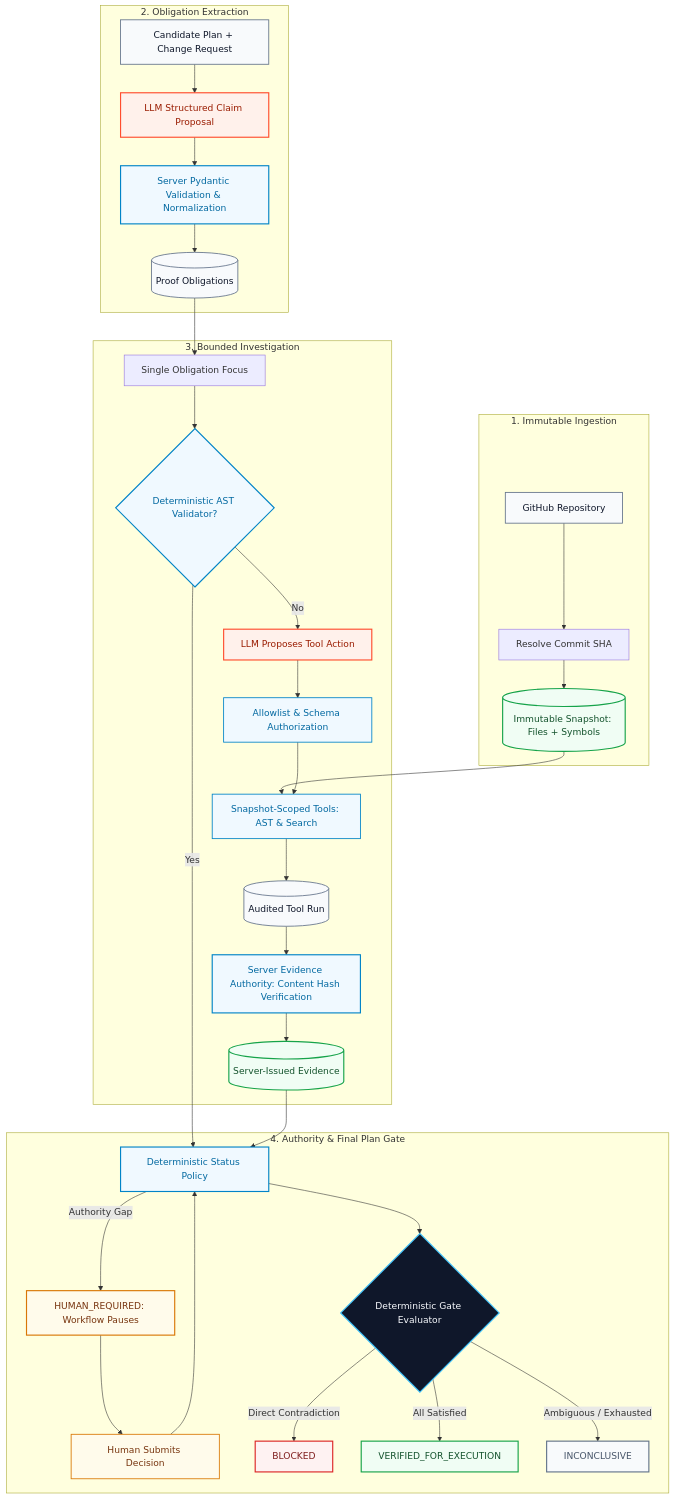
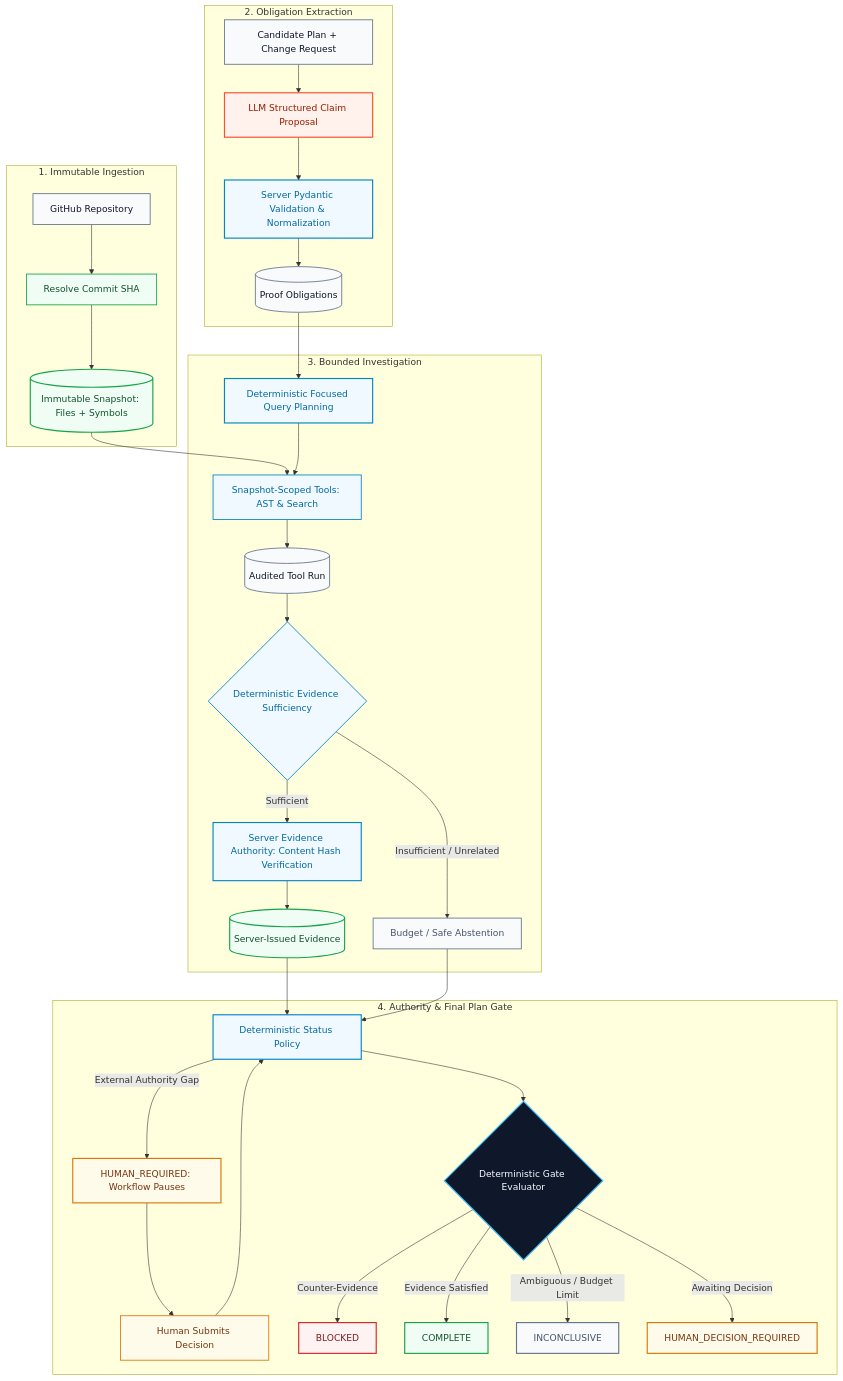
Before and after one commit to NikhilRaikwar/PlanProof: the first of 4 diagrams in README.md, drawn with Mermaid. The commit also changed other lines of this file and 13 other files, not shown here.

Commit message:
fix(release): align PlanProof claims, status UI, and evidence provenance

````diff
--- a/README.md
+++ b/README.md
@@ -125,58 +124,60 @@
 ```mermaid
 flowchart TD
   subgraph Ingestion["1. Immutable Ingestion"]
     Repo[GitHub Repository] --> SHA[Resolve Commit SHA]
     SHA --> Snapshot[(Immutable Snapshot: Files + Symbols)]
   end
 
   subgraph Extraction["2. Obligation Extraction"]
     Plan[Candidate Plan + Change Request] --> LLMExtract[LLM Structured Claim Proposal]
     LLMExtract --> ValidateObligations[Server Pydantic Validation & Normalization]
     ValidateObligations --> Obligations[(Proof Obligations)]
   end
 
   subgraph Investigation["3. Bounded Investigation"]
     Snapshot --> RepTools[Snapshot-Scoped Tools: AST & Search]
-    Obligations --> ObligationLoop[Single Obligation Focus]
-    ObligationLoop --> FastValidators{Deterministic AST Validator?}
-    FastValidators -->|No| LLMToolSelect[LLM Proposes Tool Action]
-    LLMToolSelect --> ToolAllowlist[Allowlist & Schema Authorization]
-    ToolAllowlist --> RepTools
+    Obligations --> QueryPlanner[Deterministic Focused Query Planning]
+    QueryPlanner --> RepTools
     RepTools --> ToolRun[(Audited Tool Run)]
-    ToolRun --> EvidenceIssuer[Server Evidence Authority: Content Hash Verification]
+    ToolRun --> SufficiencyCheck{Deterministic Evidence Sufficiency}
+    SufficiencyCheck -->|Sufficient| EvidenceIssuer[Server Evidence Authority: Content Hash Verification]
+    SufficiencyCheck -->|Insufficient / Unrelated| InconclusiveCheck[Budget / Safe Abstention]
     EvidenceIssuer --> Evidence[(Server-Issued Evidence)]
   end
 
   subgraph AuthorityGate["4. Authority & Final Plan Gate"]
-    FastValidators -->|Yes| PolicyCheck[Deterministic Status Policy]
-    Evidence --> PolicyCheck
-    PolicyCheck -->|Authority Gap| HumanWait[HUMAN_REQUIRED: Workflow Pauses]
+    Evidence --> PolicyCheck[Deterministic Status Policy]
+    InconclusiveCheck --> PolicyCheck
+    PolicyCheck -->|External Authority Gap| HumanWait[HUMAN_REQUIRED: Workflow Pauses]
     HumanWait --> HumanInput[Human Submits Decision]
     HumanInput --> PolicyCheck
     PolicyCheck --> FinalGate{Deterministic Gate Evaluator}
-    FinalGate -->|Direct Contradiction| Blocked[BLOCKED]
-    FinalGate -->|All Satisfied| Verified[VERIFIED_FOR_EXECUTION]
-    FinalGate -->|Ambiguous / Exhausted| Inconclusive[INCONCLUSIVE]
+    FinalGate -->|Counter-Evidence| Blocked[BLOCKED]
+    FinalGate -->|Evidence Satisfied| Complete[COMPLETE]
+    FinalGate -->|Ambiguous / Budget Limit| Inconclusive[INCONCLUSIVE]
+    FinalGate -->|Awaiting Decision| HumanGate[HUMAN_DECISION_REQUIRED]
   end
 
   style Repo fill:#f8fafc,stroke:#64748b,stroke-width:1.5px,color:#0f172a
+  style SHA fill:#f0fdf4,stroke:#16a34a,stroke-width:1.5px,color:#14532d
   style Snapshot fill:#f0fdf4,stroke:#16a34a,stroke-width:2px,color:#14532d
   style Plan fill:#f8fafc,stroke:#64748b,stroke-width:1.5px,color:#0f172a
   style LLMExtract fill:#fff1eb,stroke:#ff4d2e,stroke-width:2px,color:#9a1c00
-  style LLMToolSelect fill:#fff1eb,stroke:#ff4d2e,stroke-width:2px,color:#9a1c00
   style ValidateObligations fill:#f0f9ff,stroke:#0284c7,stroke-width:2px,color:#0369a1
-  style FastValidators fill:#f0f9ff,stroke:#0284c7,stroke-width:2px,color:#0369a1
+  style Obligations fill:#f8fafc,stroke:#64748b,stroke-width:1.5px,color:#0f172a
+  style QueryPlanner fill:#f0f9ff,stroke:#0284c7,stroke-width:2px,color:#0369a1
+  style RepTools fill:#f0f9ff,stroke:#0284c7,stroke-width:1.5px,color:#0369a1
+  style ToolRun fill:#f8fafc,stroke:#64748b,stroke-width:1.5px,color:#0f172a
+  style SufficiencyCheck fill:#f0f9ff,stroke:#0284c7,stroke-width:1.5px,color:#0369a1
+  style EvidenceIssuer fill:#f0f9ff,stroke:#0284c7,stroke-width:2px,color:#0369a1
+  style Evidence fill:#f0fdf4,stroke:#16a34a,stroke-width:2px,color:#14532d
+  style InconclusiveCheck fill:#f8fafc,stroke:#64748b,stroke-width:1.5px,color:#475569
   style PolicyCheck fill:#f0f9ff,stroke:#0284c7,stroke-width:2px,color:#0369a1
   style FinalGate fill:#0f172a,stroke:#38bdf8,stroke-width:2px,color:#f8fafe
-  style RepTools fill:#f0f9ff,stroke:#0284c7,stroke-width:1.5px,color:#0369a1
-  style ToolAllowlist fill:#f0f9ff,stroke:#0284c7,stroke-width:1.5px,color:#0369a1
-  style ToolRun fill:#f8fafc,stroke:#64748b,stroke-width:1.5px,color:#0f172a
-  style EvidenceIssuer fill:#f0f9ff,stroke:#0284c7,stroke-width:2px,color:#0369a1
-  style Evidence fill:#f0fdf4,stroke:#16a34a,stroke-width:2px,color:#14532d
-  style Obligations fill:#f8fafc,stroke:#64748b,stroke-width:1.5px,color:#0f172a
   style HumanWait fill:#fffbeb,stroke:#d97706,stroke-width:2px,color:#78350f
   style HumanInput fill:#fffbeb,stroke:#d97706,stroke-width:1.5px,color:#78350f
   style Blocked fill:#fef2f2,stroke:#dc2626,stroke-width:2px,color:#7f1d1d
-  style Verified fill:#f0fdf4,stroke:#16a34a,stroke-width:2px,color:#14532d
+  style Complete fill:#f0fdf4,stroke:#16a34a,stroke-width:2px,color:#14532d
   style Inconclusive fill:#f8fafc,stroke:#64748b,stroke-width:2px,color:#475569
+  style HumanGate fill:#fffbeb,stroke:#d97706,stroke-width:2px,color:#78350f
 ```
````
